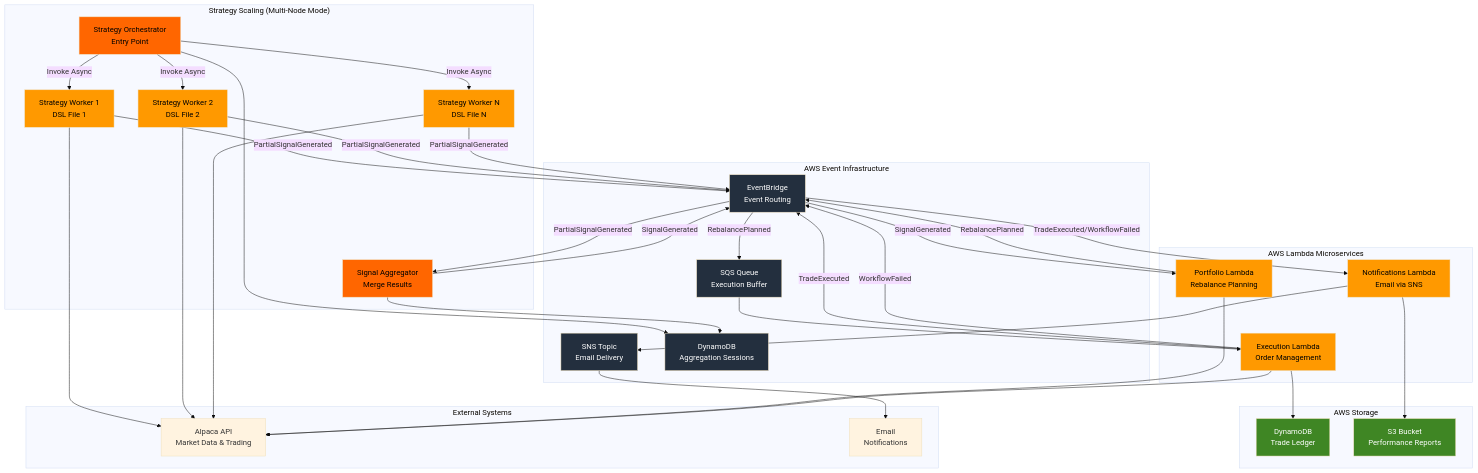
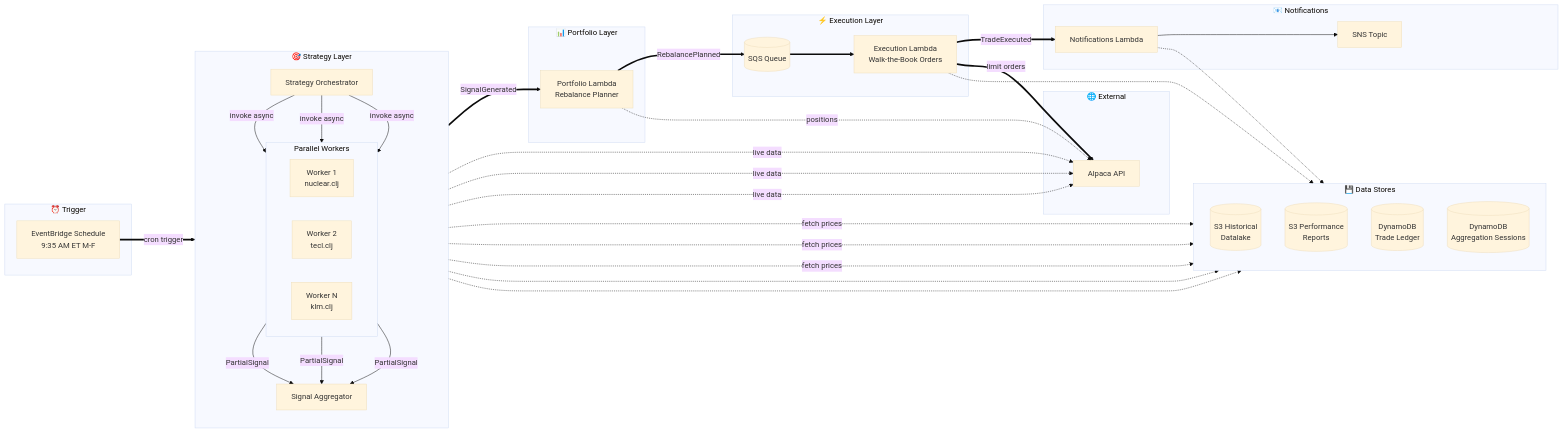
One commit to Josh-moreton/alchemiser-quant changed the first of 2 diagrams in README.md. Above: the diagram before and after it, drawn with Mermaid (base theme). The commit also changed other lines of this file, not shown here.

Commit message:
feat: Enhance README with updated architecture diagram and workflow summary

````diff
--- a/README.md
+++ b/README.md
@@ -9,74 +9,72 @@
 ```mermaid
-graph TB
-    subgraph "Strategy Scaling (Multi-Node Mode)"
-        SO[Strategy Orchestrator<br/>Entry Point]
-        SW1[Strategy Worker 1<br/>DSL File 1]
-        SW2[Strategy Worker 2<br/>DSL File 2]
-        SWN[Strategy Worker N<br/>DSL File N]
-        SA[Signal Aggregator<br/>Merge Results]
+flowchart LR
+    subgraph Trigger["⏰ Trigger"]
+        SCHED[EventBridge Schedule<br/>9:35 AM ET M-F]
     end
 
-    subgraph "AWS Lambda Microservices"
-        P[Portfolio Lambda<br/>Rebalance Planning]
-        E[Execution Lambda<br/>Order Management]
-        N[Notifications Lambda<br/>Email via SNS]
+    subgraph Strategy["🎯 Strategy Layer"]
+        direction TB
+        SO[Strategy Orchestrator]
+        subgraph Workers["Parallel Workers"]
+            direction LR
+            SW1[Worker 1<br/>nuclear.clj]
+            SW2[Worker 2<br/>tecl.clj]
+            SWN[Worker N<br/>klm.clj]
+        end
+        SA[Signal Aggregator]
+        SO -->|invoke async| SW1
+        SO -->|invoke async| SW2
+        SO -->|invoke async| SWN
+        SW1 -->|PartialSignal| SA
+        SW2 -->|PartialSignal| SA
+        SWN -->|PartialSignal| SA
     end
 
-    subgraph "AWS Event Infrastructure"
-        EB[EventBridge<br/>Event Routing]
-        SQS[SQS Queue<br/>Execution Buffer]
-        SNS[SNS Topic<br/>Email Delivery]
-        DDB2[DynamoDB<br/>Aggregation Sessions]
+    subgraph Portfolio["📊 Portfolio Layer"]
+        P[Portfolio Lambda<br/>Rebalance Planner]
     end
 
-    subgraph "AWS Storage"
-        DDB[DynamoDB<br/>Trade Ledger]
-        S3[S3 Bucket<br/>Performance Reports]
+    subgraph Execution["⚡ Execution Layer"]
+        SQS[(SQS Queue)]
+        E[Execution Lambda<br/>Walk-the-Book Orders]
     end
 
-    subgraph "External Systems"
-        A[Alpaca API<br/>Market Data & Trading]
-        EMAIL[Email<br/>Notifications]
+    subgraph Notifications["📧 Notifications"]
+        N[Notifications Lambda]
+        SNS[SNS Topic]
     end
 
-    SO -->|Invoke Async| SW1
-    SO -->|Invoke Async| SW2
-    SO -->|Invoke Async| SWN
-    SO --> DDB2
-    SW1 -->|PartialSignalGenerated| EB
-    SW2 -->|PartialSignalGenerated| EB
-    SWN -->|PartialSignalGenerated| EB
-    EB -->|PartialSignalGenerated| SA
-    SA --> DDB2
-    SA -->|SignalGenerated| EB
+    subgraph DataStores["💾 Data Stores"]
+        direction TB
+        S3_DATA[(S3 Historical<br/>Datalake)]
+        S3_REPORTS[(S3 Performance<br/>Reports)]
+        DDB_LEDGER[(DynamoDB<br/>Trade Ledger)]
+        DDB_AGG[(DynamoDB<br/>Aggregation Sessions)]
+    end
 
-    EB -->|SignalGenerated| P
-    P -->|RebalancePlanned| EB
-    EB -->|RebalancePlanned| SQS
-    SQS --> E
-    E -->|TradeExecuted| EB
-    E -->|WorkflowFailed| EB
-    EB -->|TradeExecuted/WorkflowFailed| N
+    subgraph External["🌐 External"]
+        ALPACA[Alpaca API]
+    end
+
+    %% Main Flow
+    SCHED ==>|cron trigger| SO
+    SA ==>|SignalGenerated| P
+    P ==>|RebalancePlanned| SQS
+    SQS ==> E
+    E ==>|TradeExecuted| N
     N --> SNS
-    SNS --> EMAIL
 
-    SW1 --> A
-    SW2 --> A
-    SWN --> A
-    P --> A
-    E --> A
-    E --> DDB
-    N --> S3
-
-    classDef lambda fill:#ff9900,color:#000
-    classDef orchestrator fill:#ff6600,color:#000
-    classDef aws fill:#232f3e,color:#fff
-    classDef storage fill:#3f8624,color:#fff
-    classDef external fill:#fff3e0
-
-    class P,E,N,SW1,SW2,SWN lambda
-    class SO,SA orchestrator
-    class EB,SQS,SNS,DDB2 aws
-    class DDB,S3 storage
-    class A,EMAIL external
+    %% Data Access
+    SW1 -.->|fetch prices| S3_DATA
+    SW2 -.->|fetch prices| S3_DATA
+    SWN -.->|fetch prices| S3_DATA
+    SW1 -.->|live data| ALPACA
+    SW2 -.->|live data| ALPACA
+    SWN -.->|live data| ALPACA
+    SO -.-> DDB_AGG
+    SA -.-> DDB_AGG
+    P -.->|positions| ALPACA
+    E ==>|limit orders| ALPACA
+    E -.-> DDB_LEDGER
+    N -.-> S3_REPORTS
 ```
````
